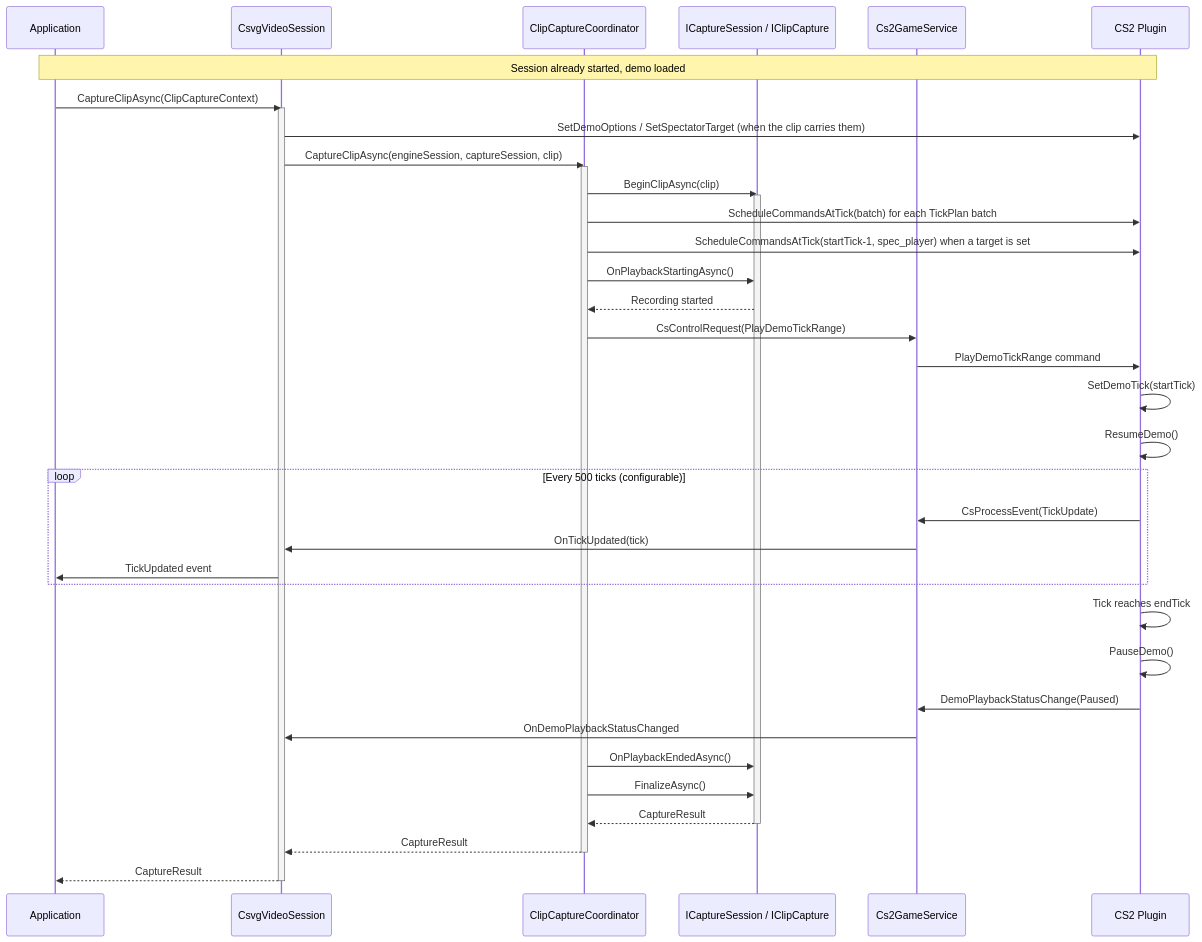
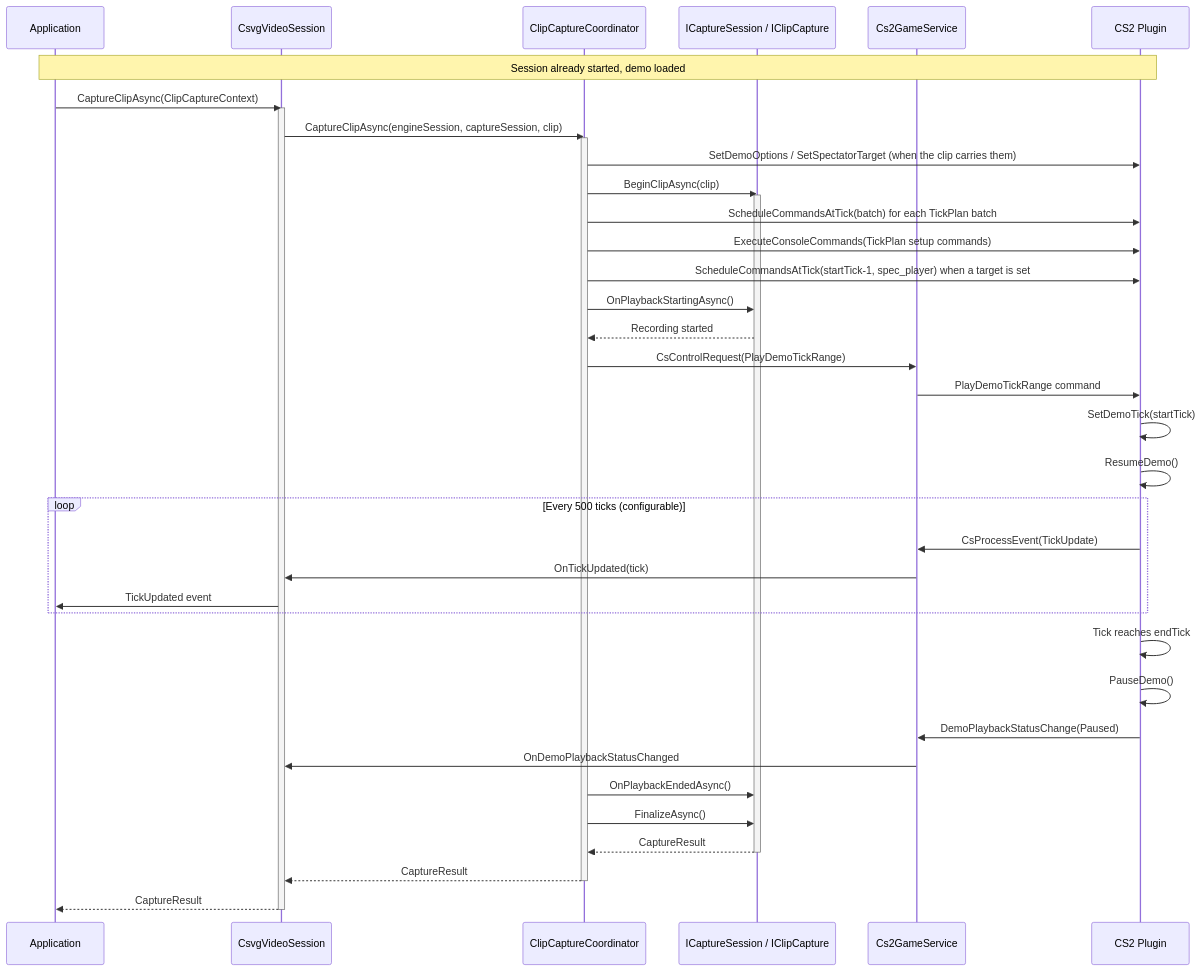
One commit to CS2OpenDev/CS2VideoGenerator changed the second of 7 diagrams in docs/sequence-diagrams.md. Above: the diagram before and after it, drawn with Mermaid. The commit also changed other lines of this file and 31 other files, not shown here.

````diff
--- a/docs/sequence-diagrams.md
+++ b/docs/sequence-diagrams.md
@@ -83,50 +83,51 @@
 ```mermaid
 sequenceDiagram
     participant Consumer as Application
     participant Session as CsvgVideoSession
     participant Coord as ClipCaptureCoordinator
     participant Capture as ICaptureSession / IClipCapture
     participant gRPC as Cs2GameService
     participant Plugin as CS2 Plugin
 
     Note over Consumer,Plugin: Session already started, demo loaded
 
     Consumer->>Session: CaptureClipAsync(ClipCaptureContext)
     activate Session
-    Session->>Plugin: SetDemoOptions / SetSpectatorTarget (when the clip carries them)
 
     Session->>Coord: CaptureClipAsync(engineSession, captureSession, clip)
     activate Coord
+    Coord->>Plugin: SetDemoOptions / SetSpectatorTarget (when the clip carries them)
     Coord->>Capture: BeginClipAsync(clip)
     activate Capture
     Coord->>Plugin: ScheduleCommandsAtTick(batch) for each TickPlan batch
+    Coord->>Plugin: ExecuteConsoleCommands(TickPlan setup commands)
     Coord->>Plugin: ScheduleCommandsAtTick(startTick-1, spec_player) when a target is set
     Coord->>Capture: OnPlaybackStartingAsync()
     Capture-->>Coord: Recording started
 
     Coord->>gRPC: CsControlRequest(PlayDemoTickRange)
     gRPC->>Plugin: PlayDemoTickRange command
     Plugin->>Plugin: SetDemoTick(startTick)
     Plugin->>Plugin: ResumeDemo()
 
     loop Every 500 ticks (configurable)
         Plugin->>gRPC: CsProcessEvent(TickUpdate)
         gRPC->>Session: OnTickUpdated(tick)
         Session->>Consumer: TickUpdated event
     end
 
     Plugin->>Plugin: Tick reaches endTick
     Plugin->>Plugin: PauseDemo()
     Plugin->>gRPC: DemoPlaybackStatusChange(Paused)
     gRPC->>Session: OnDemoPlaybackStatusChanged
 
     Coord->>Capture: OnPlaybackEndedAsync()
     Coord->>Capture: FinalizeAsync()
     Capture-->>Coord: CaptureResult
     deactivate Capture
     Coord-->>Session: CaptureResult
     deactivate Coord
 
     Session-->>Consumer: CaptureResult
     deactivate Session
 ```
````
